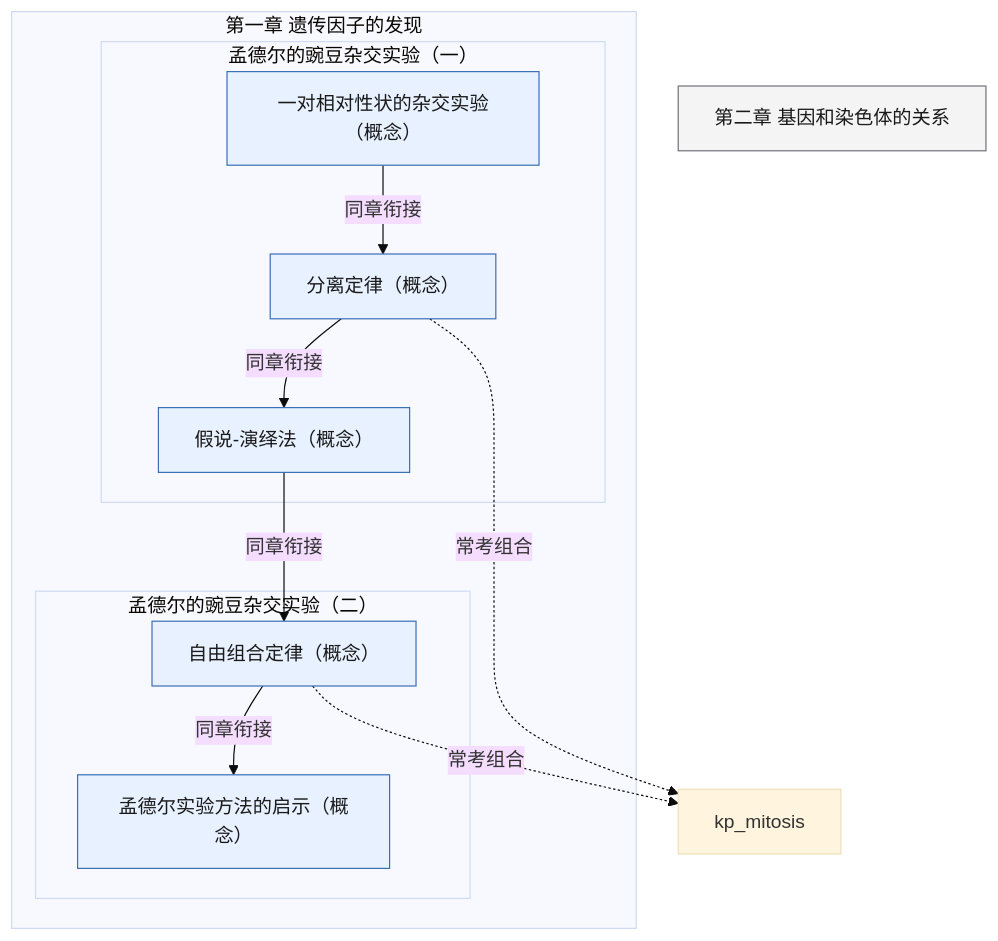
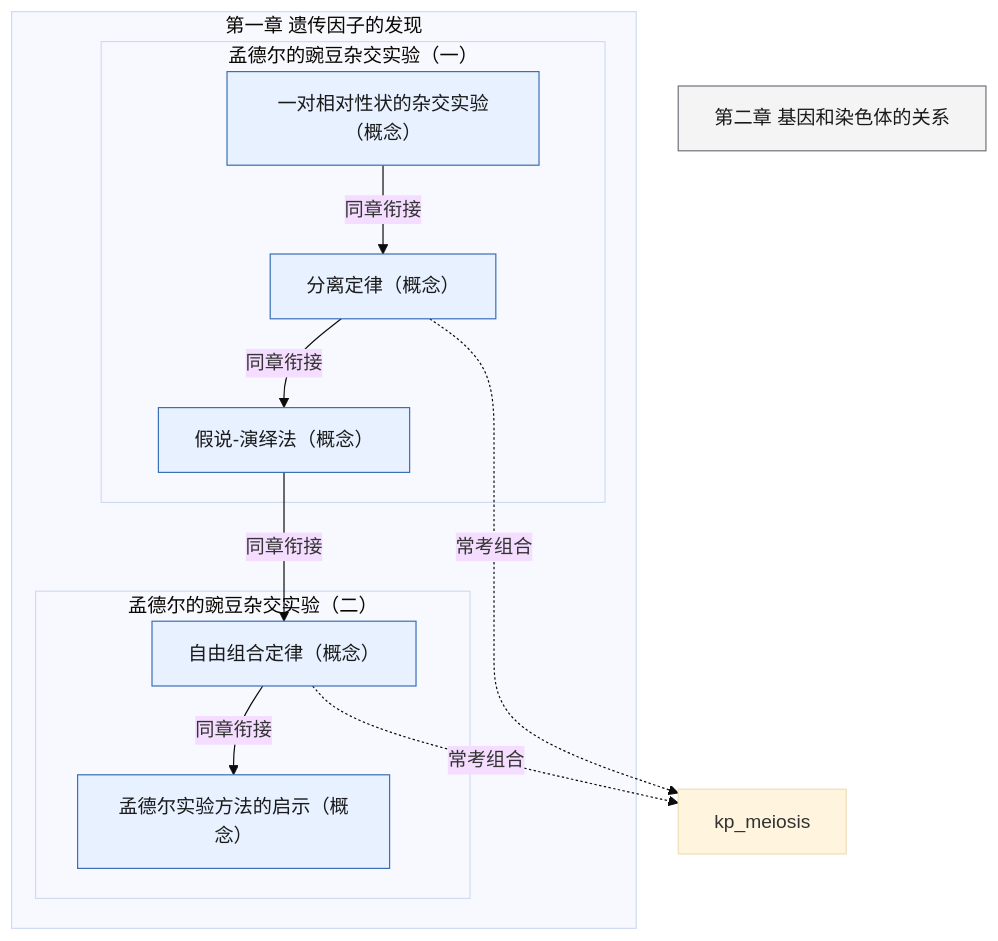
Before and after one commit to lihenair/high-school-ai-tutor-skill: the diagram in skills/high-school-ai-tutor/references/pep-bio-bx2-ch1.md, drawn with Mermaid (base theme). The commit also changed 3 other files, not shown here.

````diff
--- a/skills/high-school-ai-tutor/references/pep-bio-bx2-ch1.md
+++ b/skills/high-school-ai-tutor/references/pep-bio-bx2-ch1.md
@@ -5,25 +5,25 @@
 ```mermaid
 flowchart TD
   classDef concept fill:#E8F1FF,stroke:#3B6FB6,color:#1A1A1A
   classDef skill fill:#E7F6EE,stroke:#2E7D4F,color:#1A1A1A
   classDef experiment fill:#FFF4E5,stroke:#C47B17,color:#1A1A1A
   classDef later fill:#F4F4F5,stroke:#71717A,color:#1A1A1A
   subgraph ch["第一章 遗传因子的发现"]
     subgraph s1["孟德尔的豌豆杂交实验（一）"]
       kp_mendel_pea_cross["一对相对性状的杂交实验（概念）"]:::concept
       kp_segregation_law["分离定律（概念）"]:::concept
       kp_hypothesis_deduction["假说-演绎法（概念）"]:::concept
     end
     subgraph s2["孟德尔的豌豆杂交实验（二）"]
       kp_free_combination["自由组合定律（概念）"]:::concept
       kp_mendel_methods["孟德尔实验方法的启示（概念）"]:::concept
     end
   end
   bx2_ch2["第二章 基因和染色体的关系"]:::later
   kp_mendel_pea_cross -->|同章衔接| kp_segregation_law
   kp_segregation_law -->|同章衔接| kp_hypothesis_deduction
   kp_hypothesis_deduction -->|同章衔接| kp_free_combination
   kp_free_combination -->|同章衔接| kp_mendel_methods
-  kp_segregation_law -.->|常考组合| kp_mitosis
-  kp_free_combination -.->|常考组合| kp_mitosis
+  kp_segregation_law -.->|常考组合| kp_meiosis
+  kp_free_combination -.->|常考组合| kp_meiosis
 ```
````
